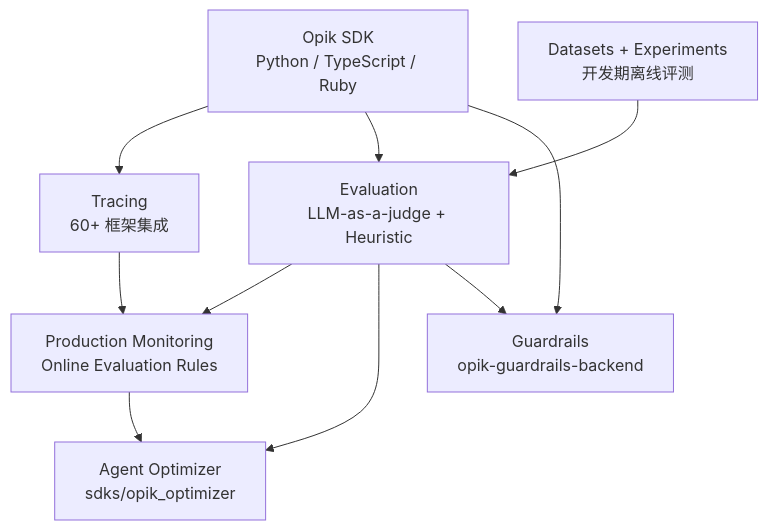
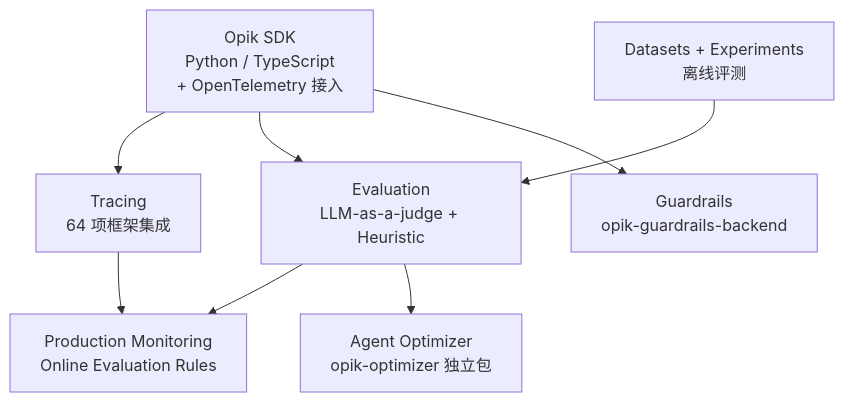
Before and after one commit to A1pha3/text-matrix: the diagram in content/posts/tech/opik-llm-observability-evaluation-optimization-platform.md, drawn with Mermaid. The commit also changed other lines of this file and 227 other files, not shown here.

````diff
--- a/content/posts/tech/opik-llm-observability-evaluation-optimization-platform.md
+++ b/content/posts/tech/opik-llm-observability-evaluation-optimization-platform.md
@@ -92,20 +51,18 @@
 ```mermaid
 graph TD
-    SDK[Opik SDK<br/>Python / TypeScript / Ruby]
-    Trace[Tracing<br/>60+ 框架集成]
+    SDK[Opik SDK<br/>Python / TypeScript<br/>+ OpenTelemetry 接入]
+    Trace[Tracing<br/>64 项框架集成]
     Eval[Evaluation<br/>LLM-as-a-judge + Heuristic]
-    DS[Datasets + Experiments<br/>开发期离线评测]
+    DS[Datasets + Experiments<br/>离线评测]
     Mon[Production Monitoring<br/>Online Evaluation Rules]
-    Opt[Agent Optimizer<br/>sdks/opik_optimizer]
+    Opt[Agent Optimizer<br/>opik-optimizer 独立包]
     GR[Guardrails<br/>opik-guardrails-backend]
 
     SDK --> Trace
     SDK --> Eval
     DS --> Eval
     Eval --> Mon
     Trace --> Mon
     Eval --> Opt
-    Mon --> Opt
     SDK --> GR
-    Eval --> GR
 ```
````
